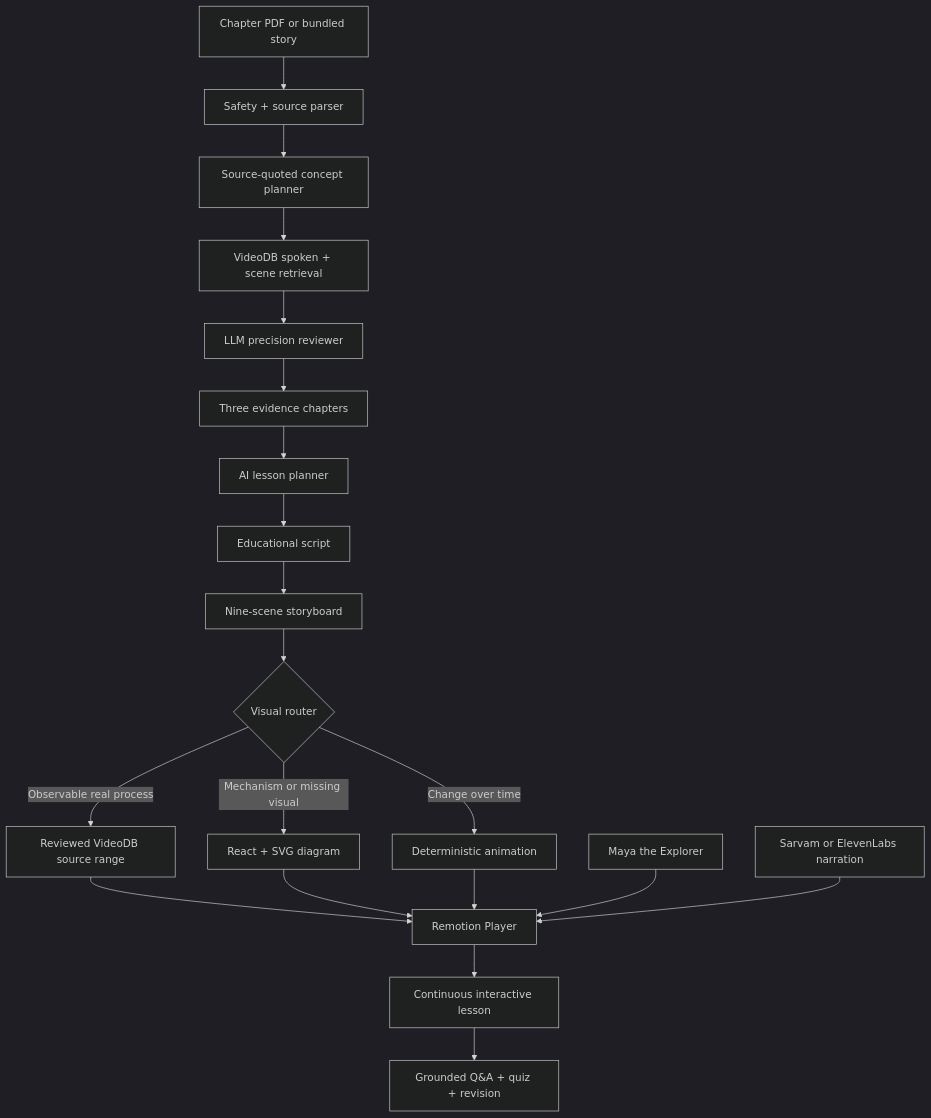
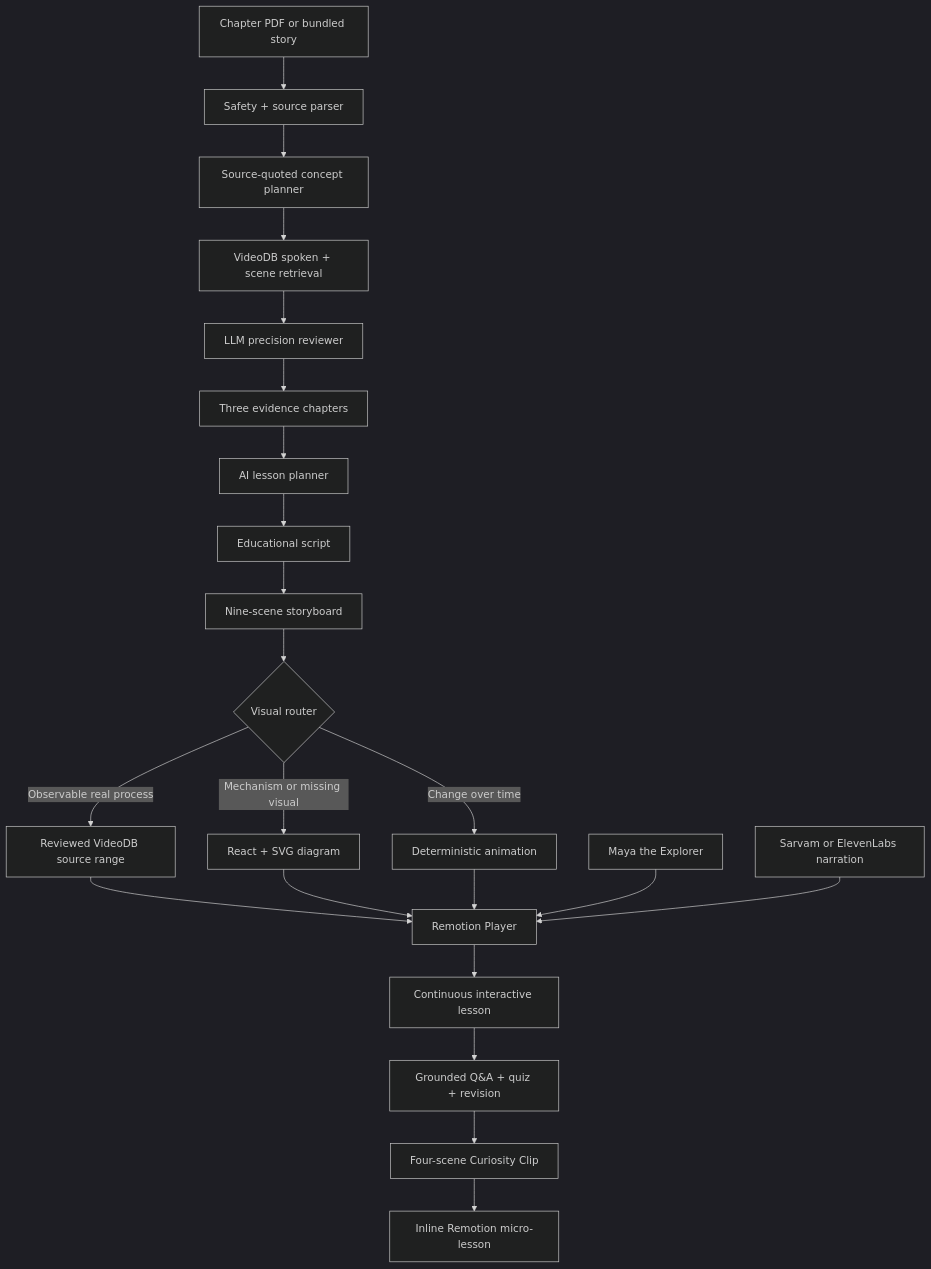
Before and after one commit to PraveerSharma/kathaquest: the diagram in HYBRID_LESSON_ARCHITECTURE.md, drawn with Mermaid (dark theme). The commit also changed other lines of this file and 23 other files, not shown here.

Commit message:
Add grounded Curiosity Clip micro-lessons

````diff
--- a/HYBRID_LESSON_ARCHITECTURE.md
+++ b/HYBRID_LESSON_ARCHITECTURE.md
@@ -38,22 +38,24 @@
 ```mermaid
 flowchart TD
     A[Chapter PDF or bundled story] --> B[Safety + source parser]
     B --> C[Source-quoted concept planner]
     C --> D[VideoDB spoken + scene retrieval]
     D --> E[LLM precision reviewer]
     E --> F[Three evidence chapters]
     F --> G[AI lesson planner]
     G --> H[Educational script]
     H --> I[Nine-scene storyboard]
     I --> J{Visual router}
     J -->|Observable real process| K[Reviewed VideoDB source range]
     J -->|Mechanism or missing visual| L[React + SVG diagram]
     J -->|Change over time| M[Deterministic animation]
     K --> N[Remotion Player]
     L --> N
     M --> N
     O[Maya the Explorer] --> N
     P[Sarvam or ElevenLabs narration] --> N
     N --> Q[Continuous interactive lesson]
     Q --> R[Grounded Q&A + quiz + revision]
+    R --> S[Four-scene Curiosity Clip]
+    S --> T[Inline Remotion micro-lesson]
 ```
````
